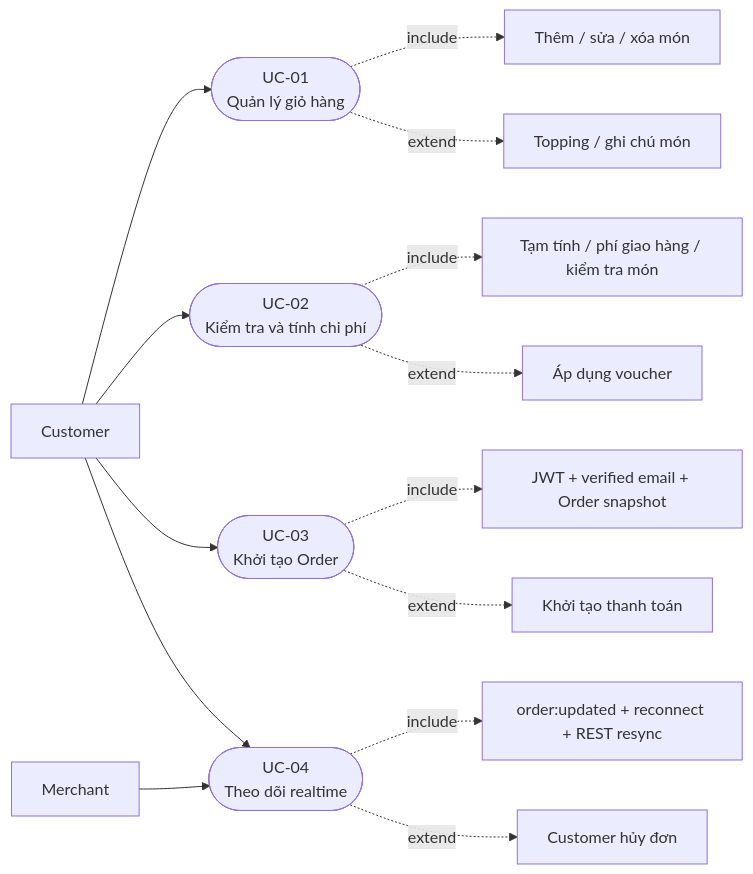
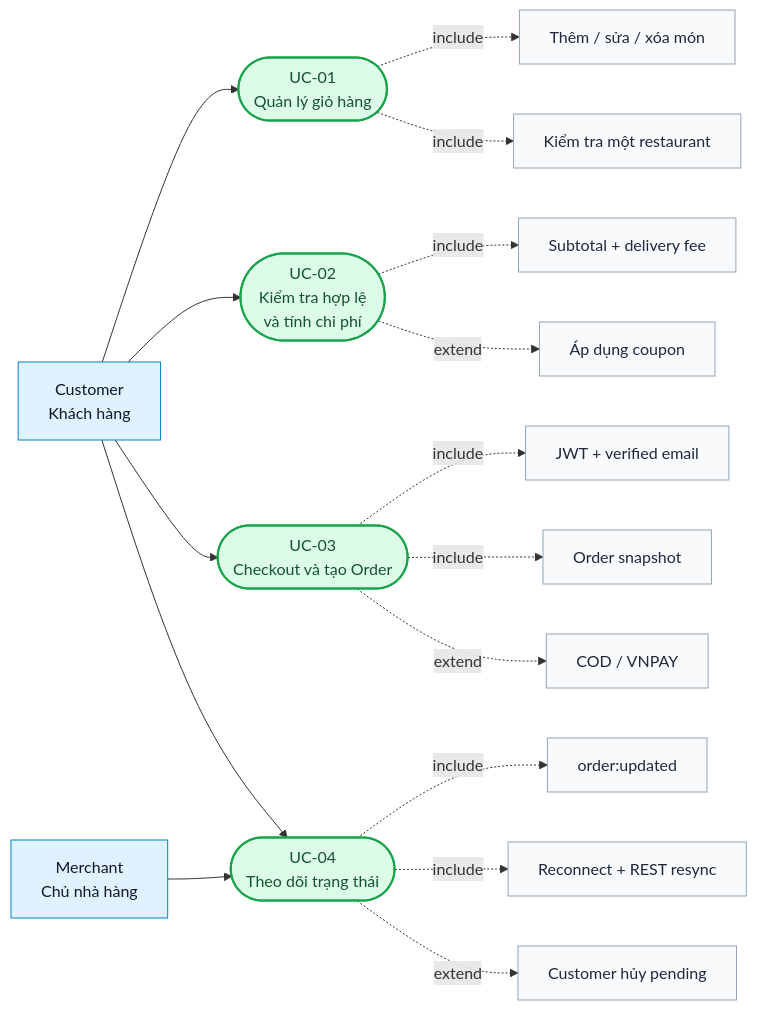
One commit to czx04/fsa-fe-food-ordering changed the diagram in report/diagrams/hinh-2-2-use-case-cart-order.mmd. Above: the diagram before and after it, drawn with Mermaid. The commit also changed 22 other files, not shown here.

```diff
--- a/report/diagrams/hinh-2-2-use-case-cart-order.mmd
+++ b/report/diagrams/hinh-2-2-use-case-cart-order.mmd
@@ -1,14 +1,32 @@
 flowchart LR
-    Customer["Customer"] --> UC01(["UC-01<br/>Quản lý giỏ hàng"])
-    Customer --> UC02(["UC-02<br/>Kiểm tra và tính chi phí"])
-    Customer --> UC03(["UC-03<br/>Khởi tạo Order"])
-    Customer --> UC04(["UC-04<br/>Theo dõi realtime"])
-    Merchant["Merchant"] --> UC04
+    Customer["Customer<br/>Khách hàng"]
+    Merchant["Merchant<br/>Chủ nhà hàng"]
+
+    UC01(["UC-01<br/>Quản lý giỏ hàng"])
+    UC02(["UC-02<br/>Kiểm tra hợp lệ<br/>và tính chi phí"])
+    UC03(["UC-03<br/>Checkout và tạo Order"])
+    UC04(["UC-04<br/>Theo dõi trạng thái"])
+
+    Customer --> UC01
+    Customer --> UC02
+    Customer --> UC03
+    Customer --> UC04
+    Merchant --> UC04
+
     UC01 -.->|"include"| A["Thêm / sửa / xóa món"]
-    UC01 -.->|"extend"| B["Topping / ghi chú món"]
-    UC02 -.->|"include"| C["Tạm tính / phí giao hàng / kiểm tra món"]
-    UC02 -.->|"extend"| D["Áp dụng voucher"]
-    UC03 -.->|"include"| E["JWT + verified email + Order snapshot"]
-    UC03 -.->|"extend"| F["Khởi tạo thanh toán"]
-    UC04 -.->|"include"| G["order:updated + reconnect + REST resync"]
-    UC04 -.->|"extend"| H["Customer hủy đơn"]
+    UC01 -.->|"include"| B["Kiểm tra một restaurant"]
+    UC02 -.->|"include"| C["Subtotal + delivery fee"]
+    UC02 -.->|"extend"| D["Áp dụng coupon"]
+    UC03 -.->|"include"| E["JWT + verified email"]
+    UC03 -.->|"include"| F["Order snapshot"]
+    UC03 -.->|"extend"| G["COD / VNPAY"]
+    UC04 -.->|"include"| H["order:updated"]
+    UC04 -.->|"include"| I["Reconnect + REST resync"]
+    UC04 -.->|"extend"| J["Customer hủy pending"]
+
+    classDef actor fill:#e0f2fe,stroke:#0284c7,color:#0f172a
+    classDef core fill:#dcfce7,stroke:#16a34a,color:#14532d,stroke-width:2px
+    classDef sub fill:#f8fafc,stroke:#94a3b8,color:#1e293b
+    class Customer,Merchant actor
+    class UC01,UC02,UC03,UC04 core
+    class A,B,C,D,E,F,G,H,I,J sub
```
